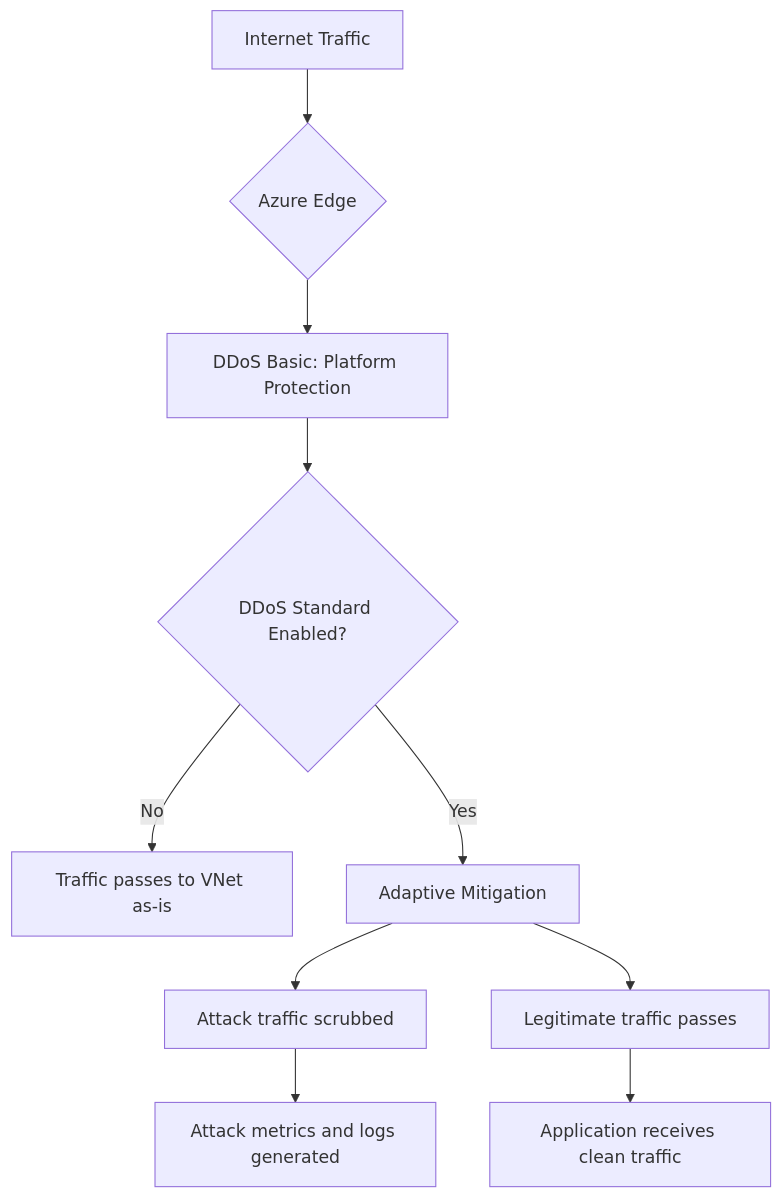
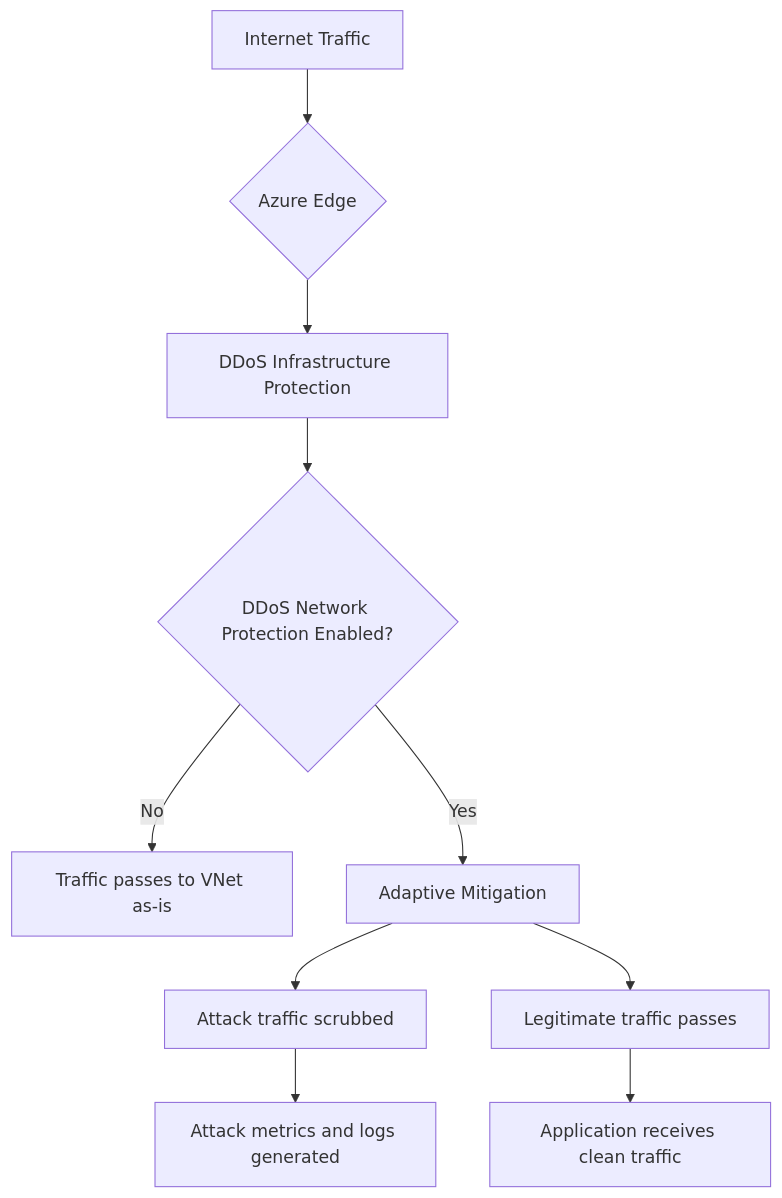
One commit to OneUptime/blog changed the diagram in posts/2026-02-16-how-to-configure-azure-ddos-protection-standard-and-set-up-alerts-for-attack-mitigation/README.md. Above: the diagram before and after it, drawn with Mermaid. The commit also changed other lines of this file and 2 other files, not shown here.

Commit message:
validate: 2026-02-16-how-to-configure-azure-ddos-protection-standard-and-set-up-alerts-for-attack-mitigation

````diff
--- a/posts/2026-02-16-how-to-configure-azure-ddos-protection-standard-and-set-up-alerts-for-attack-mitigation/README.md
+++ b/posts/2026-02-16-how-to-configure-azure-ddos-protection-standard-and-set-up-alerts-for-attack-mitigation/README.md
@@ -29,12 +29,12 @@
 ```mermaid
 graph TD
     A[Internet Traffic] --> B{Azure Edge}
-    B --> C[DDoS Basic: Platform Protection]
-    C --> D{DDoS Standard Enabled?}
+    B --> C[DDoS Infrastructure Protection]
+    C --> D{DDoS Network Protection Enabled?}
     D -->|No| E[Traffic passes to VNet as-is]
     D -->|Yes| F[Adaptive Mitigation]
     F --> G[Attack traffic scrubbed]
     F --> H[Legitimate traffic passes]
     G --> I[Attack metrics and logs generated]
     H --> J[Application receives clean traffic]
 ```
````
